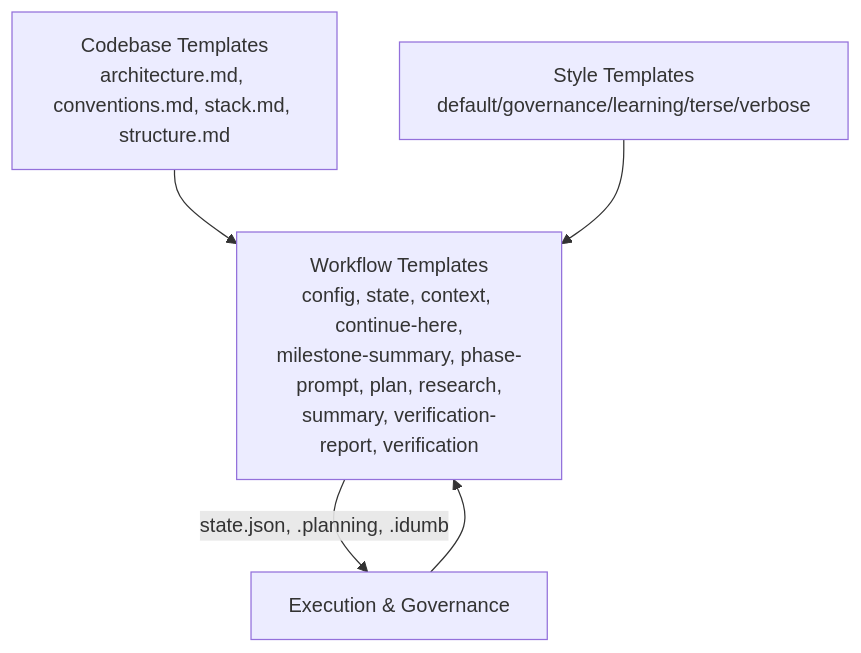
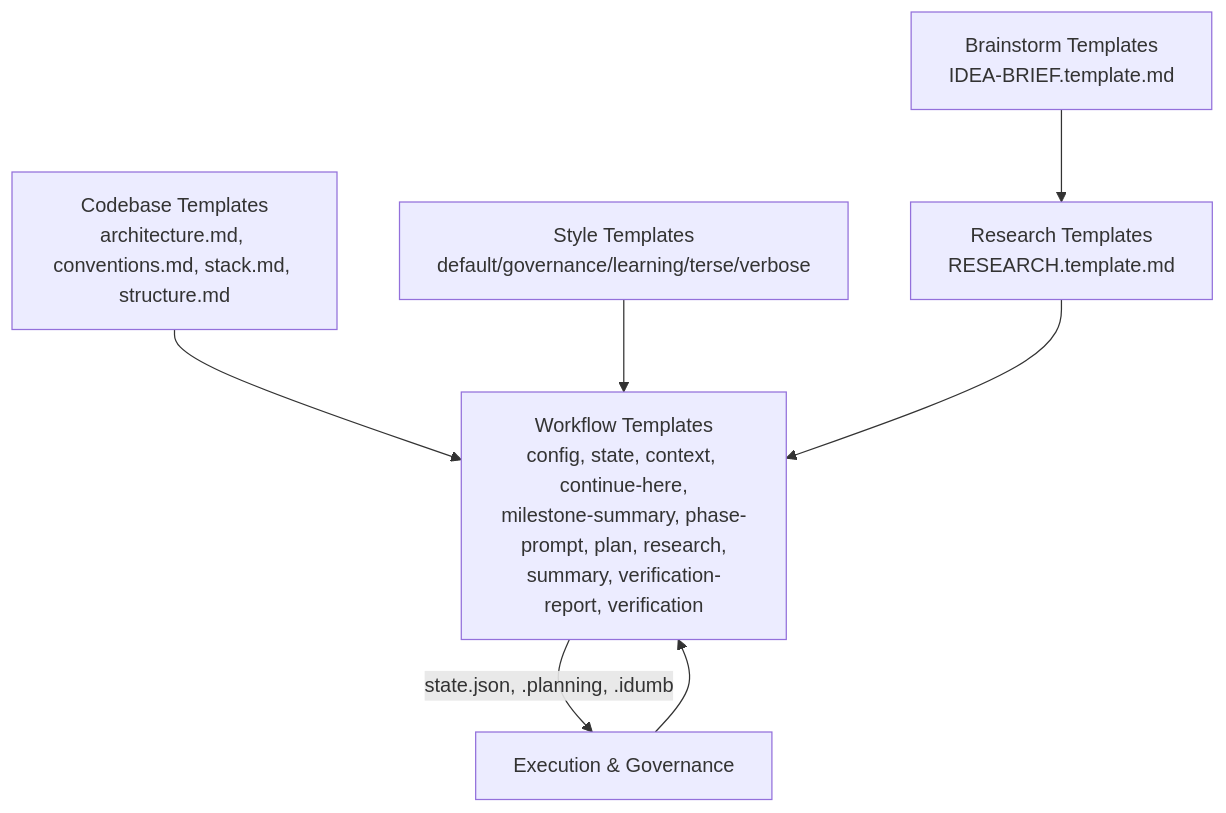
Before and after one commit to shynlee04/idumb-plugin: the second of 3 diagrams in .qoder/repowiki/en/content/Templates and Standards/Template System/Template System.md, drawn with Mermaid. The commit also changed other lines of this file and 19 other files, not shown here.

````diff
--- a/.qoder/repowiki/en/content/Templates and Standards/Template System/Template System.md
+++ b/.qoder/repowiki/en/content/Templates and Standards/Template System/Template System.md
@@ -182,10 +214,14 @@
 ```mermaid
 graph TB
 CB["Codebase Templates<br/>architecture.md, conventions.md, stack.md, structure.md"]
 ST["Style Templates<br/>default/governance/learning/terse/verbose"]
 WT["Workflow Templates<br/>config, state, context, continue-here,<br/>milestone-summary, phase-prompt, plan, research,<br/>summary, verification-report, verification"]
+BT["Brainstorm Templates<br/>IDEA-BRIEF.template.md"]
+RT["Research Templates<br/>RESEARCH.template.md"]
 CB --> WT
 ST --> WT
+BT --> RT
 WT --> |"state.json, .planning, .idumb"| EXEC["Execution & Governance"]
 EXEC --> WT
+RT --> WT
 ```
````
